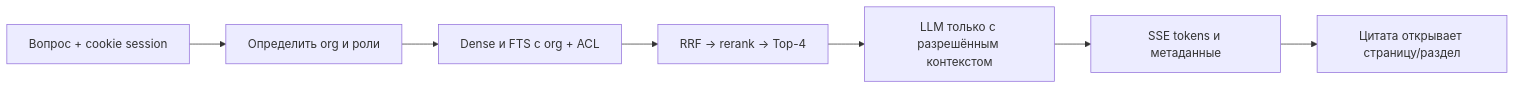
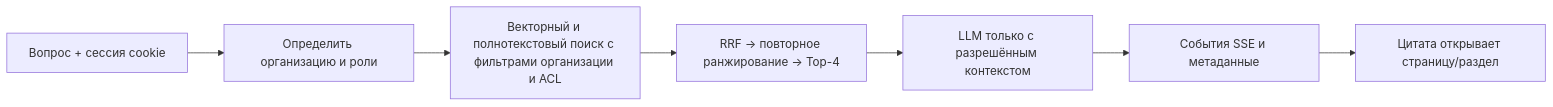
Before and after one commit to vladweat/docwise: the third of 3 diagrams in docs/product/architecture.md, drawn with Mermaid. The commit also changed other lines of this file and 51 other files, not shown here.

````diff
--- a/docs/product/architecture.md
+++ b/docs/product/architecture.md
@@ -64,9 +64,9 @@
 ```mermaid
 flowchart LR
-  Question[Вопрос + cookie session] --> Resolve[Определить org и роли]
-  Resolve --> SQL[Dense и FTS с org + ACL]
-  SQL --> Fuse[RRF → rerank → Top-4]
+  Question[Вопрос + сессия cookie] --> Resolve[Определить организацию и роли]
+  Resolve --> SQL[Векторный и полнотекстовый поиск с фильтрами организации и ACL]
+  SQL --> Fuse[RRF → повторное ранжирование → Top-4]
   Fuse --> LLM[LLM только с разрешённым контекстом]
-  LLM --> Stream[SSE tokens и метаданные]
+  LLM --> Stream[События SSE и метаданные]
   Stream --> Viewer[Цитата открывает страницу/раздел]
 ```
````
